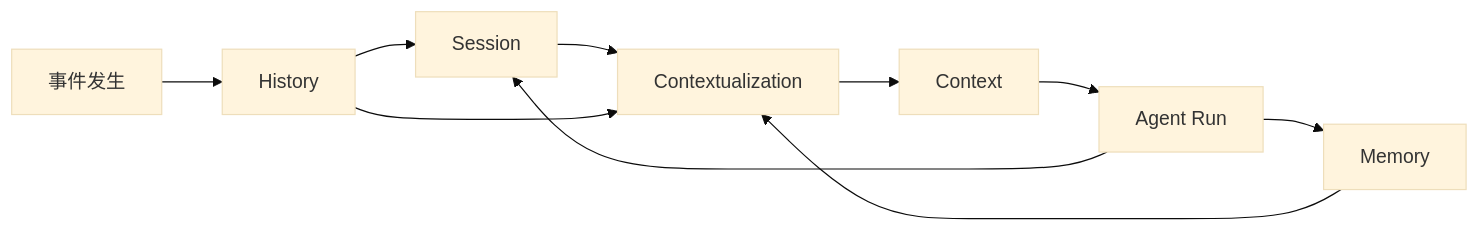
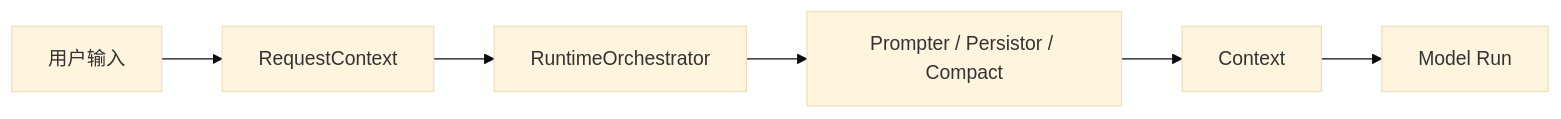
The third of 3 diagrams in homepage/content/devdocs/zh/history/history-memory-context.mdx (wangenius/downcity), drawn with Mermaid (base theme) before and after one commit. The commit also changed other lines of this file and 42 other files, not shown here.

````diff
--- a/homepage/content/devdocs/zh/history/history-memory-context.mdx
+++ b/homepage/content/devdocs/zh/history/history-memory-context.mdx
@@ -134,12 +381,8 @@
 ```mermaid
 flowchart LR
-  E["事件发生"] --> H["History"]
-  H --> S["Session"]
-  S --> X["Contextualization"]
-  M["Memory"] --> X
-  H --> X
-  X --> C["Context"]
-  C --> R["Agent Run"]
-  R --> S
-  R --> M
+  Q["用户输入"] --> RM["RequestContext"]
+  RM --> OR["RuntimeOrchestrator"]
+  OR --> P["Prompter / Persistor / Compact"]
+  P --> CX["Context"]
+  CX --> LLM["Model Run"]
 ```
````
